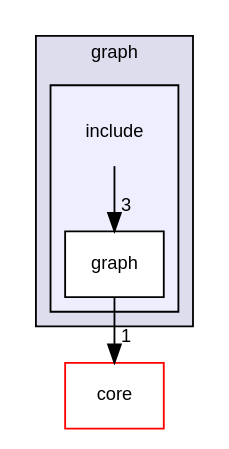
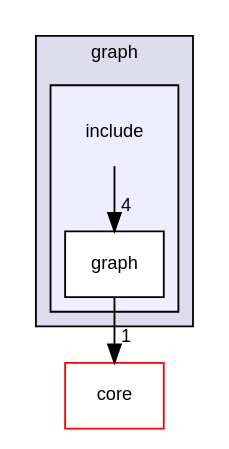
Before and after one commit to YuruTu/NANA: the diagram in docs/dir_530ae37280304dae5fb598c43c6ead02_dep.dot, drawn with Graphviz. The commit also changed 123 other files, not shown here.

```diff
--- a/docs/dir_530ae37280304dae5fb598c43c6ead02_dep.dot
+++ b/docs/dir_530ae37280304dae5fb598c43c6ead02_dep.dot
@@ -1,16 +1,16 @@
 digraph "NANA/modules/graph/include" {
   compound=true
   node [ fontsize="10", fontname="Helvetica"];
   edge [ labelfontsize="10", labelfontname="Helvetica"];
   subgraph clusterdir_33c137a055f180a488eaf5b0b4e3c87c {
     graph [ bgcolor="#ddddee", pencolor="black", label="graph" fontname="Helvetica", fontsize="10", URL="dir_33c137a055f180a488eaf5b0b4e3c87c.html"]
   subgraph clusterdir_530ae37280304dae5fb598c43c6ead02 {
     graph [ bgcolor="#eeeeff", pencolor="black", label="" URL="dir_530ae37280304dae5fb598c43c6ead02.html"];
     dir_530ae37280304dae5fb598c43c6ead02 [shape=plaintext label="include"];
   dir_ded71b52e7152afc80bc15dd74410626 [shape=box label="graph" fillcolor="white" style="filled" URL="dir_ded71b52e7152afc80bc15dd74410626.html"];
   }
   }
   dir_c3e203e05606b384f5fc9d03652c3ac7 [shape=box label="core" fillcolor="white" style="filled" color="red" URL="dir_c3e203e05606b384f5fc9d03652c3ac7.html"];
-  dir_530ae37280304dae5fb598c43c6ead02->dir_ded71b52e7152afc80bc15dd74410626 [headlabel="3", labeldistance=1.5 headhref="dir_000019_000020.html"];
+  dir_530ae37280304dae5fb598c43c6ead02->dir_ded71b52e7152afc80bc15dd74410626 [headlabel="4", labeldistance=1.5 headhref="dir_000019_000020.html"];
   dir_ded71b52e7152afc80bc15dd74410626->dir_c3e203e05606b384f5fc9d03652c3ac7 [headlabel="1", labeldistance=1.5 headhref="dir_000020_000006.html"];
 }
```
